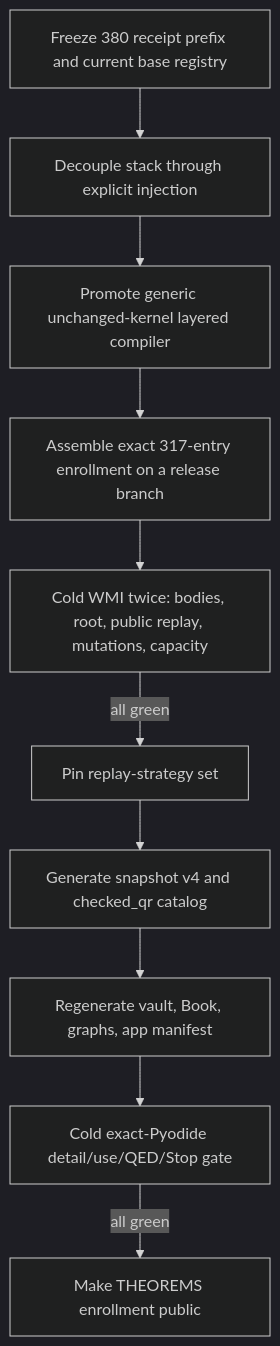
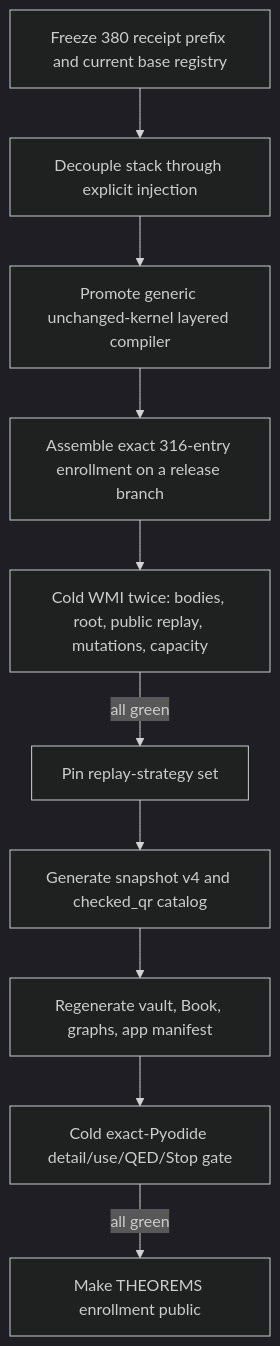
Before and after one commit to nasqret/vietnam2026: the third of 3 diagrams in research/arithmetic-library/quadratic-reciprocity-admission-path.md, drawn with Mermaid (dark theme). The commit also changed other lines of this file and 398 other files, not shown here.

````diff
--- a/research/arithmetic-library/quadratic-reciprocity-admission-path.md
+++ b/research/arithmetic-library/quadratic-reciprocity-admission-path.md
@@ -566,12 +597,12 @@
 ```mermaid
 flowchart TD
   A[Freeze 380 receipt prefix and current base registry] --> B[Decouple stack through explicit injection]
   B --> C[Promote generic unchanged-kernel layered compiler]
-  C --> D[Assemble exact 317-entry enrollment on a release branch]
+  C --> D[Assemble exact 316-entry enrollment on a release branch]
   D --> E[Cold WMI twice: bodies, root, public replay, mutations, capacity]
   E -->|all green| F[Pin replay-strategy set]
   F --> G[Generate snapshot v4 and checked_qr catalog]
   G --> H[Regenerate vault, Book, graphs, app manifest]
   H --> I[Cold exact-Pyodide detail/use/QED/Stop gate]
   I -->|all green| J[Make THEOREMS enrollment public]
 ```
````
